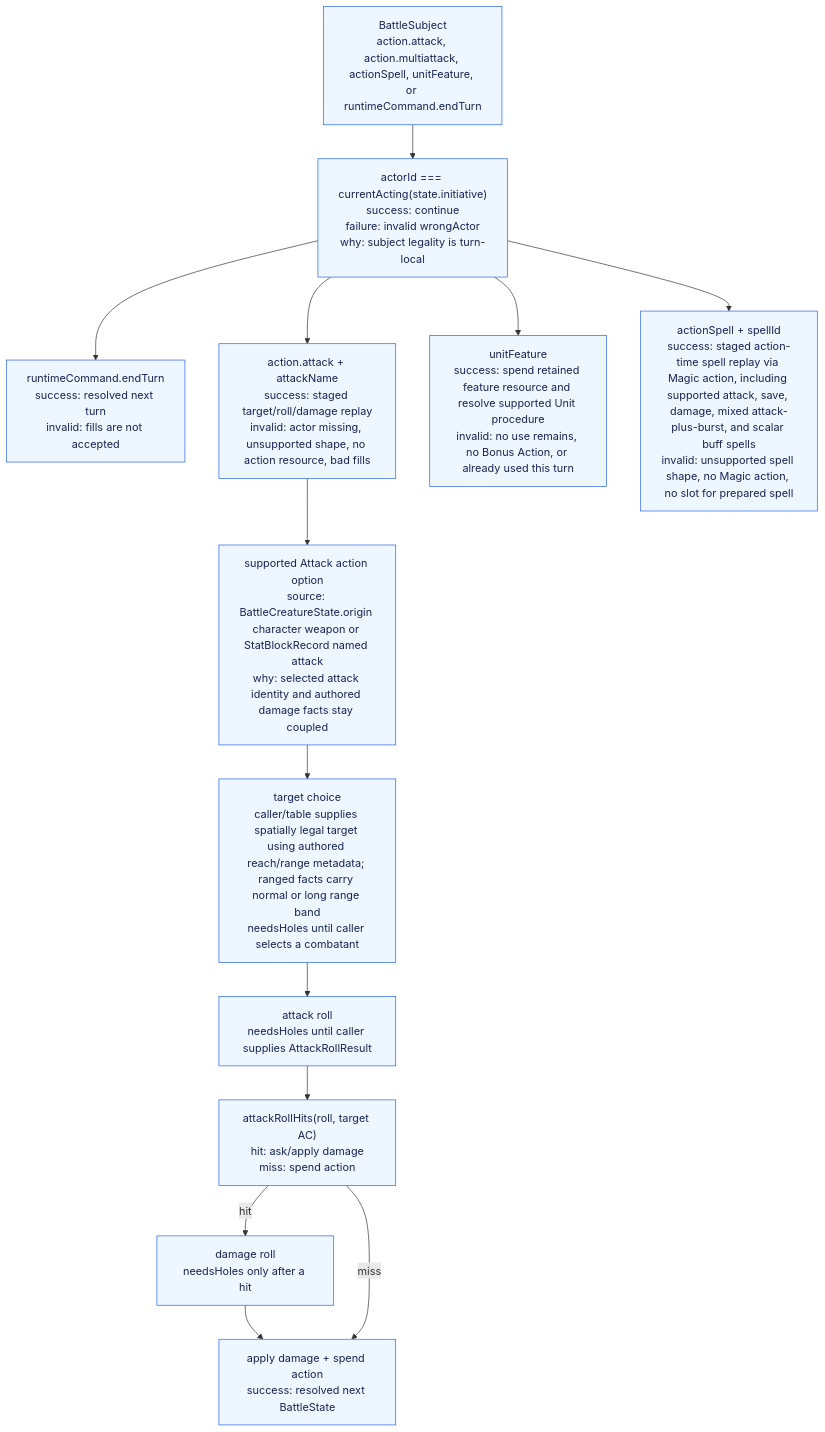
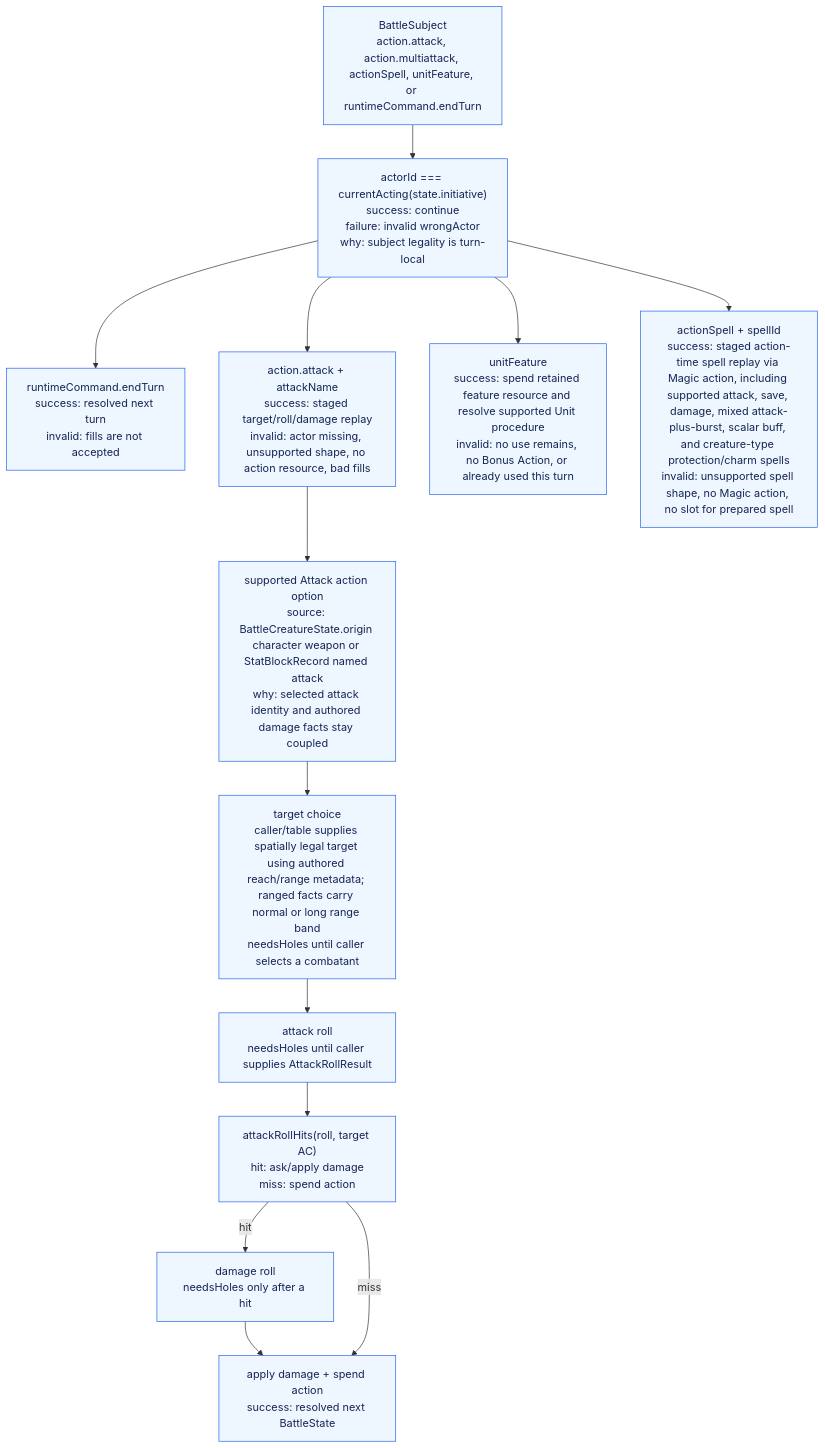
Before and after one commit to dearlordylord/5e-quint: the second of 2 diagrams in packages/battle-runtime/ARCHITECTURE_GRAPH.md, drawn with Mermaid. The commit also changed other lines of this file and 16 other files, not shown here.

Commit message:
Promote protection and charm spell runtime

````diff
--- a/packages/battle-runtime/ARCHITECTURE_GRAPH.md
+++ b/packages/battle-runtime/ARCHITECTURE_GRAPH.md
@@ -93,26 +93,26 @@
 ```mermaid
 flowchart TD
   Subject["BattleSubject<br/>action.attack, action.multiattack, actionSpell, unitFeature, or runtimeCommand.endTurn"]
   CurrentActor["actorId === currentActing(state.initiative)<br/>success: continue<br/>failure: invalid wrongActor<br/>why: subject legality is turn-local"]
   EndTurn["runtimeCommand.endTurn<br/>success: resolved next turn<br/>invalid: fills are not accepted"]
   Attack["action.attack + attackName<br/>success: staged target/roll/damage replay<br/>invalid: actor missing, unsupported shape, no action resource, bad fills"]
   UnitFeature["unitFeature<br/>success: spend retained feature resource and resolve supported Unit procedure<br/>invalid: no use remains, no Bonus Action, or already used this turn"]
-  Magic["actionSpell + spellId<br/>success: staged action-time spell replay via Magic action, including supported attack, save, damage, mixed attack-plus-burst, and scalar buff spells<br/>invalid: unsupported spell shape, no Magic action, no slot for prepared spell"]
+  Magic["actionSpell + spellId<br/>success: staged action-time spell replay via Magic action, including supported attack, save, damage, mixed attack-plus-burst, scalar buff, and creature-type protection/charm spells<br/>invalid: unsupported spell shape, no Magic action, no slot for prepared spell"]
   AttackOption["supported Attack action option<br/>source: BattleCreatureState.origin character weapon or StatBlockRecord named attack<br/>why: selected attack identity and authored damage facts stay coupled"]
   Target["target choice<br/>caller/table supplies spatially legal target using authored reach/range metadata; ranged facts carry normal or long range band<br/>needsHoles until caller selects a combatant"]
   Roll["attack roll<br/>needsHoles until caller supplies AttackRollResult"]
   HitCheck["attackRollHits(roll, target AC)<br/>hit: ask/apply damage<br/>miss: spend action"]
   DamageHole["damage roll<br/>needsHoles only after a hit"]
   Apply["apply damage + spend action<br/>success: resolved next BattleState"]
 
   Subject --> CurrentActor
   CurrentActor --> EndTurn
   CurrentActor --> Attack --> AttackOption --> Target --> Roll --> HitCheck
   CurrentActor --> UnitFeature
   CurrentActor --> Magic
   HitCheck -->|hit| DamageHole --> Apply
   HitCheck -->|miss| Apply
 
   classDef implemented fill:#eef6ff,stroke:#2563eb,color:#172554;
   class Subject,CurrentActor,EndTurn,Attack,UnitFeature,Magic,AttackOption,Target,Roll,HitCheck,DamageHole,Apply implemented;
 ```
````
